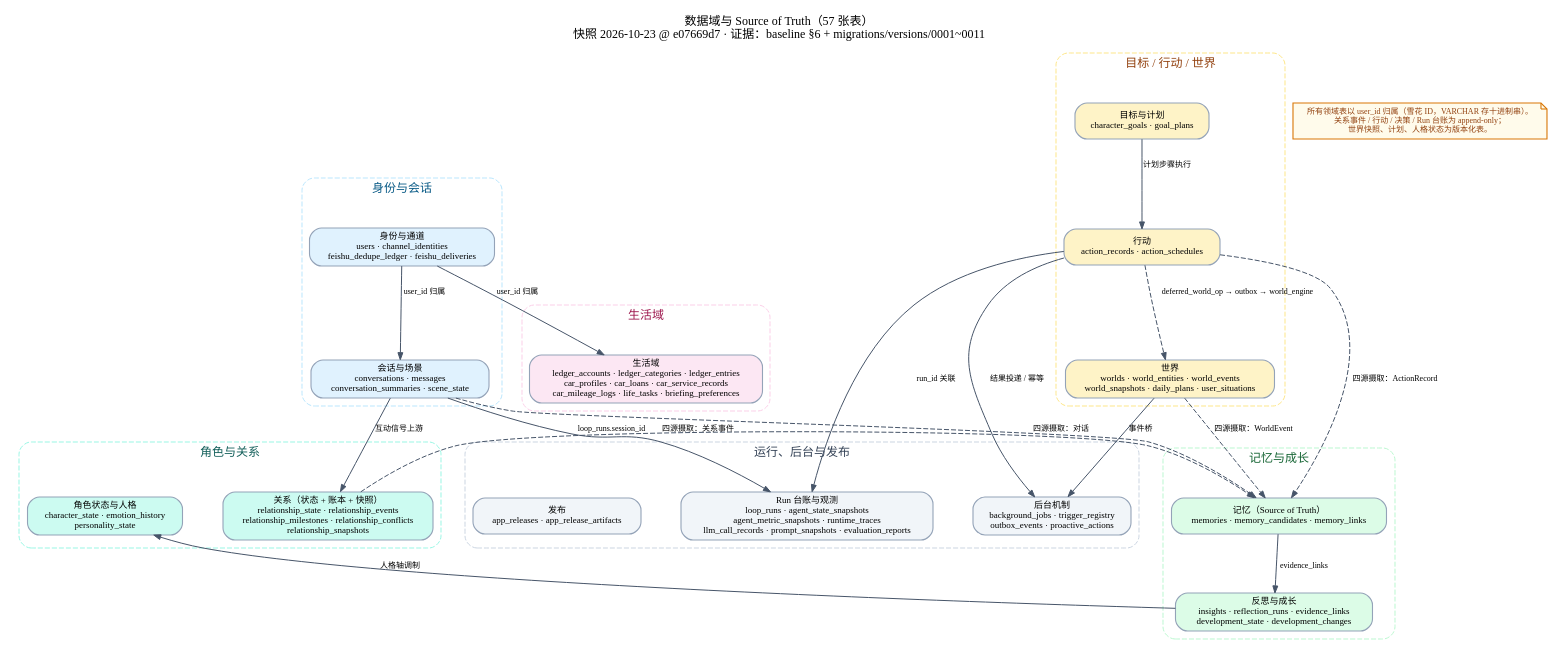
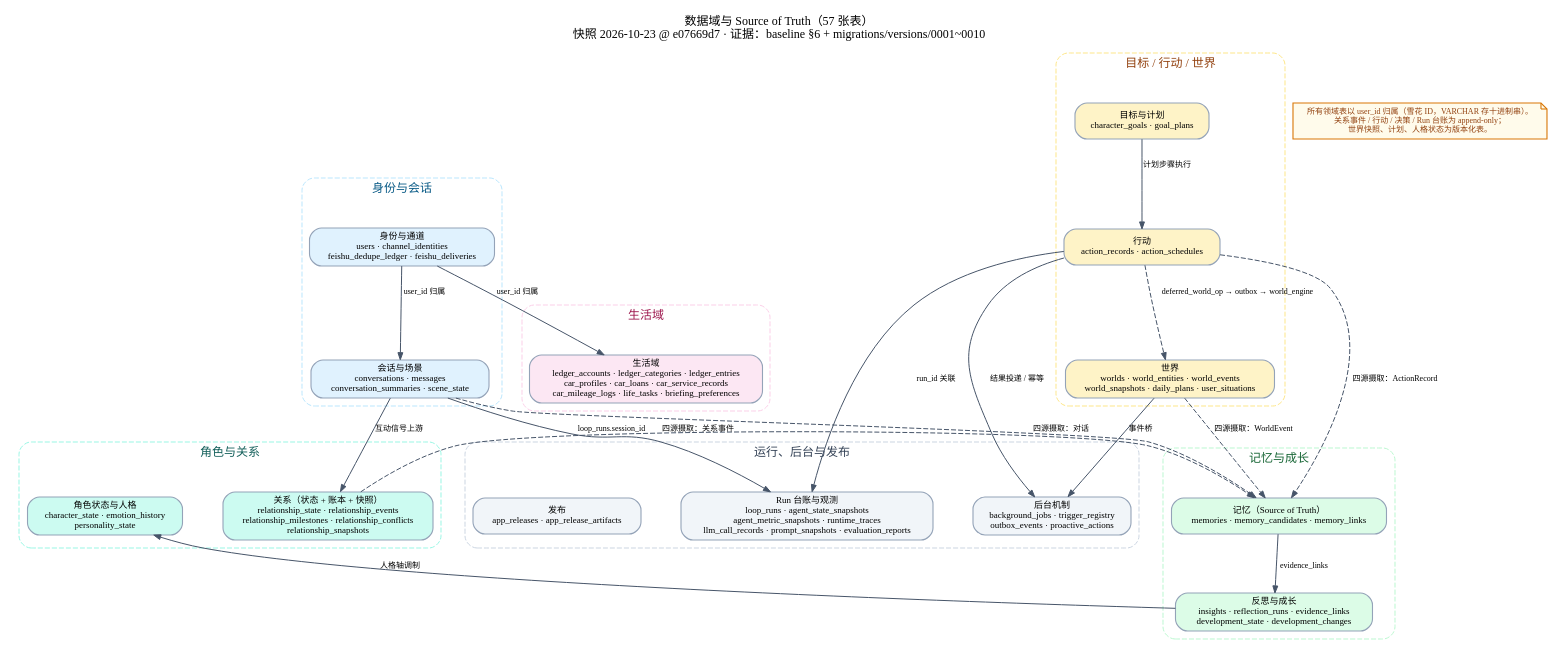
Before and after one commit to xieyongyi0614/aICustomerAgent: the diagram in docs/architecture-visualization/current-state/data-domains.dot, drawn with Graphviz. The commit also changed 26 other files, not shown here.

```diff
--- a/docs/architecture-visualization/current-state/data-domains.dot
+++ b/docs/architecture-visualization/current-state/data-domains.dot
@@ -1,109 +1,109 @@
 digraph data_domains {
     graph [
         rankdir=TB,
         splines=true,
         overlap=false,
         nodesep=0.55,
         ranksep=0.6,
         bgcolor="#FFFFFF",
         fontname="Microsoft YaHei",
         fontsize=12,
         labelloc=t,
-        label="数据域与 Source of Truth（57 张表）\n快照 2026-10-23 @ e07669d7 · 证据：baseline §6 + migrations/versions/0001~0011"
+        label="数据域与 Source of Truth（57 张表）\n快照 2026-10-23 @ e07669d7 · 证据：baseline §6 + migrations/versions/0001~0010"
     ];
     node [
         shape=box,
         style="rounded,filled",
         fontname="Microsoft YaHei",
         fontsize=9,
         color="#94A3B8",
         fillcolor="#FFFFFF",
         penwidth=1.1
     ];
     edge [
         fontname="Microsoft YaHei",
         fontsize=8,
         color="#475569",
         arrowsize=0.7
     ];
 
     subgraph cluster_identity {
         label="身份与会话";
         style="rounded,dashed";
         color="#BAE6FD";
         fontcolor="#075985";
         identity [label="身份与通道\nusers · channel_identities\nfeishu_dedupe_ledger · feishu_deliveries", fillcolor="#E0F2FE"];
         conversation [label="会话与场景\nconversations · messages\nconversation_summaries · scene_state", fillcolor="#E0F2FE"];
     }
 
     subgraph cluster_character {
         label="角色与关系";
         style="rounded,dashed";
         color="#99F6E4";
         fontcolor="#115E59";
         relationship [label="关系（状态 + 账本 + 快照）\nrelationship_state · relationship_events\nrelationship_milestones · relationship_conflicts\nrelationship_snapshots", fillcolor="#CCFBF1"];
         character [label="角色状态与人格\ncharacter_state · emotion_history\npersonality_state", fillcolor="#CCFBF1"];
     }
 
     subgraph cluster_memory {
         label="记忆与成长";
         style="rounded,dashed";
         color="#BBF7D0";
         fontcolor="#166534";
         memory [label="记忆（Source of Truth）\nmemories · memory_candidates · memory_links", fillcolor="#DCFCE7"];
         growth [label="反思与成长\ninsights · reflection_runs · evidence_links\ndevelopment_state · development_changes", fillcolor="#DCFCE7"];
     }
 
     subgraph cluster_plan {
         label="目标 / 行动 / 世界";
         style="rounded,dashed";
         color="#FDE68A";
         fontcolor="#92400E";
         goal [label="目标与计划\ncharacter_goals · goal_plans", fillcolor="#FEF3C7"];
         action [label="行动\naction_records · action_schedules", fillcolor="#FEF3C7"];
         world [label="世界\nworlds · world_entities · world_events\nworld_snapshots · daily_plans · user_situations", fillcolor="#FEF3C7"];
     }
 
     subgraph cluster_life {
         label="生活域";
         style="rounded,dashed";
         color="#FBCFE8";
         fontcolor="#9D174D";
         life [label="生活域\nledger_accounts · ledger_categories · ledger_entries\ncar_profiles · car_loans · car_service_records\ncar_mileage_logs · life_tasks · briefing_preferences", fillcolor="#FCE7F3"];
     }
 
     subgraph cluster_runtime {
         label="运行、后台与发布";
         style="rounded,dashed";
         color="#CBD5E1";
         fontcolor="#334155";
         runtime [label="Run 台账与观测\nloop_runs · agent_state_snapshots\nagent_metric_snapshots · runtime_traces\nllm_call_records · prompt_snapshots · evaluation_reports", fillcolor="#F1F5F9"];
         background [label="后台机制\nbackground_jobs · trigger_registry\noutbox_events · proactive_actions", fillcolor="#F1F5F9"];
         release [label="发布\napp_releases · app_release_artifacts", fillcolor="#F1F5F9"];
     }
 
     identity -> conversation [label="user_id 归属"];
     identity -> life [label="user_id 归属"];
     conversation -> relationship [label="互动信号上游"];
     conversation -> memory [label="四源摄取：对话", style=dashed];
     relationship -> memory [label="四源摄取：关系事件", style=dashed];
     action -> memory [label="四源摄取：ActionRecord", style=dashed];
     world -> memory [label="四源摄取：WorldEvent", style=dashed];
     memory -> growth [label="evidence_links"];
     growth -> character [label="人格轴调制"];
     goal -> action [label="计划步骤执行"];
     action -> world [label="deferred_world_op → outbox → world_engine", style=dashed];
     action -> background [label="结果投递 / 幂等"];
     world -> background [label="事件桥"];
     conversation -> runtime [label="loop_runs.session_id"];
     action -> runtime [label="run_id 关联"];
 
     note [
         shape=note,
         label="所有领域表以 user_id 归属（雪花 ID，VARCHAR 存十进制串）。\n关系事件 / 行动 / 决策 / Run 台账为 append-only；\n世界快照、计划、人格状态为版本化表。",
         fillcolor="#FFFBEB",
         color="#D97706",
         fontcolor="#92400E",
         fontsize=8
     ];
 }
```
